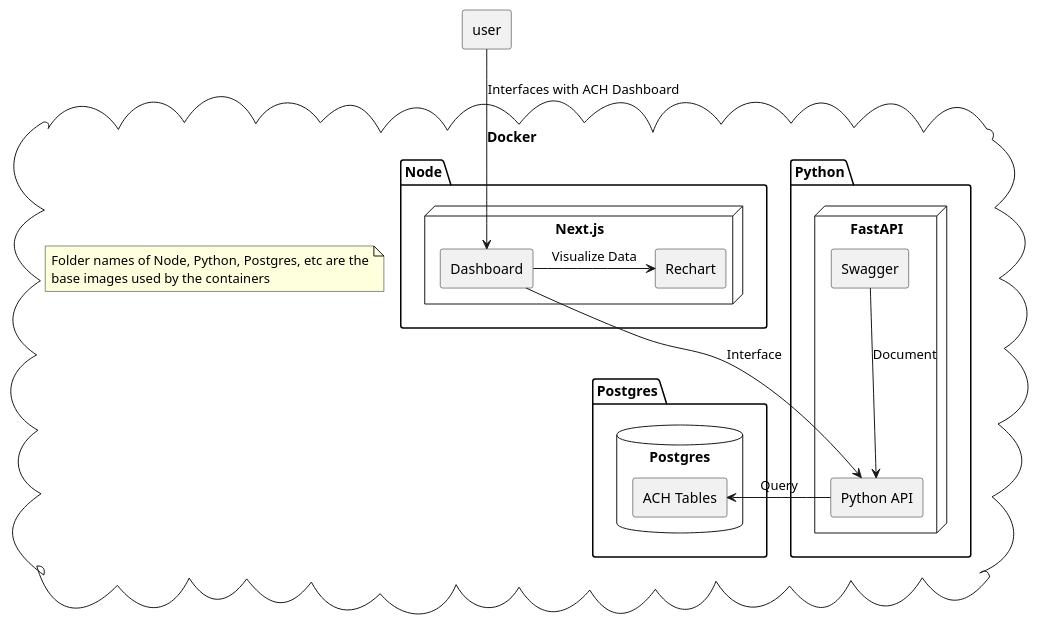
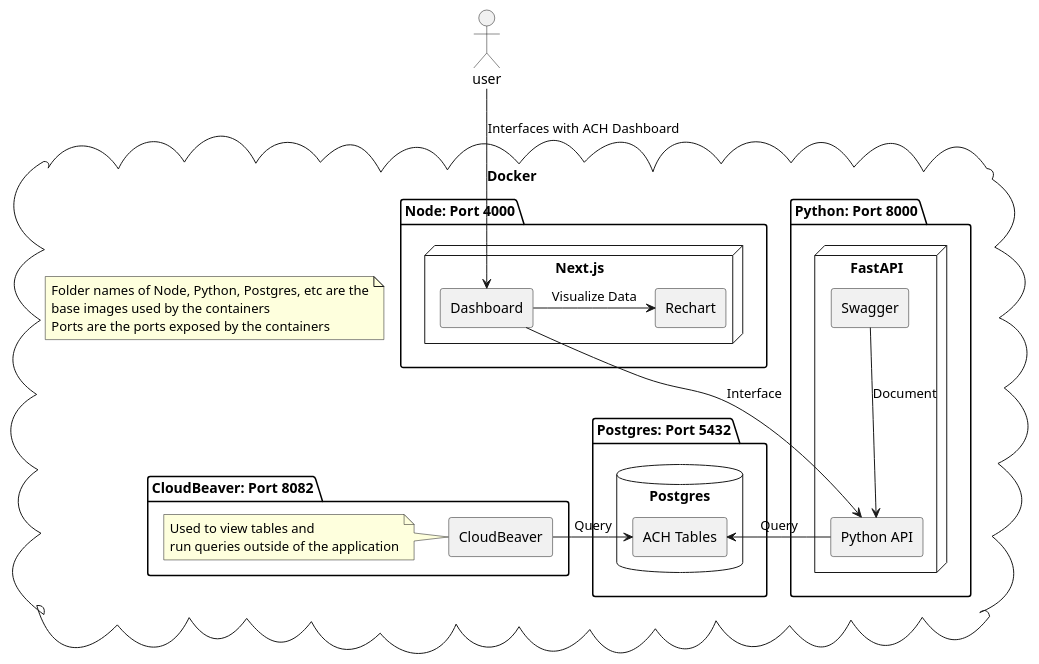
The diagram in chapter7/v1/docker/docker-diagram.plantuml (scttech/Build_Financial_Software), drawn with PlantUML before and after one commit. The commit also changed 756 other files, not shown here.

```diff
--- a/chapter7/v1/docker/docker-diagram.plantuml
+++ b/chapter7/v1/docker/docker-diagram.plantuml
@@ -1,41 +1,51 @@
 @startuml
 skinparam componentStyle rectangle
 
+actor user
 cloud "Docker" {
 
-    package "Python" {
+    package "Python: Port 8000" {
         node "FastAPI" {
             [Python API]
             [Swagger]
         }
     }
 
-    package "Node" as ui_container {
+    package "Node: Port 4000" as ui_container {
         node "Next.js" as nextjs {
             [Dashboard] as UI
             [Rechart]
         }
     }
 
-    package "Postgres" as postgres_docker {
+    package "Postgres: Port 5432" as postgres_docker {
         database "Postgres" as postgres_db {
             [ACH Tables]
         }
     }
-    
-note as n1
-Folder names of Node, Python, Postgres, etc are the
-base images used by the containers
-end note
+
+    package "CloudBeaver: Port 8082" as cloudbeaver {
+        [CloudBeaver]
+        note left of [CloudBeaver]
+        Used to view tables and
+        run queries outside of the application
+        end note
+    }
+
+    note as n1
+    Folder names of Node, Python, Postgres, etc are the
+    base images used by the containers
+    Ports are the ports exposed by the containers
+    end note
 
 }
 
 [user] --> [UI] : Interfaces with ACH Dashboard
 [UI] -> [Rechart] : Visualize Data
 [Python API] -> [ACH Tables]: Query
+[CloudBeaver] -> [ACH Tables]: Query
 [UI] --> [Python API]: Interface
 [Swagger] --> [Python API]: Document
 
 
-
 @enduml
```
